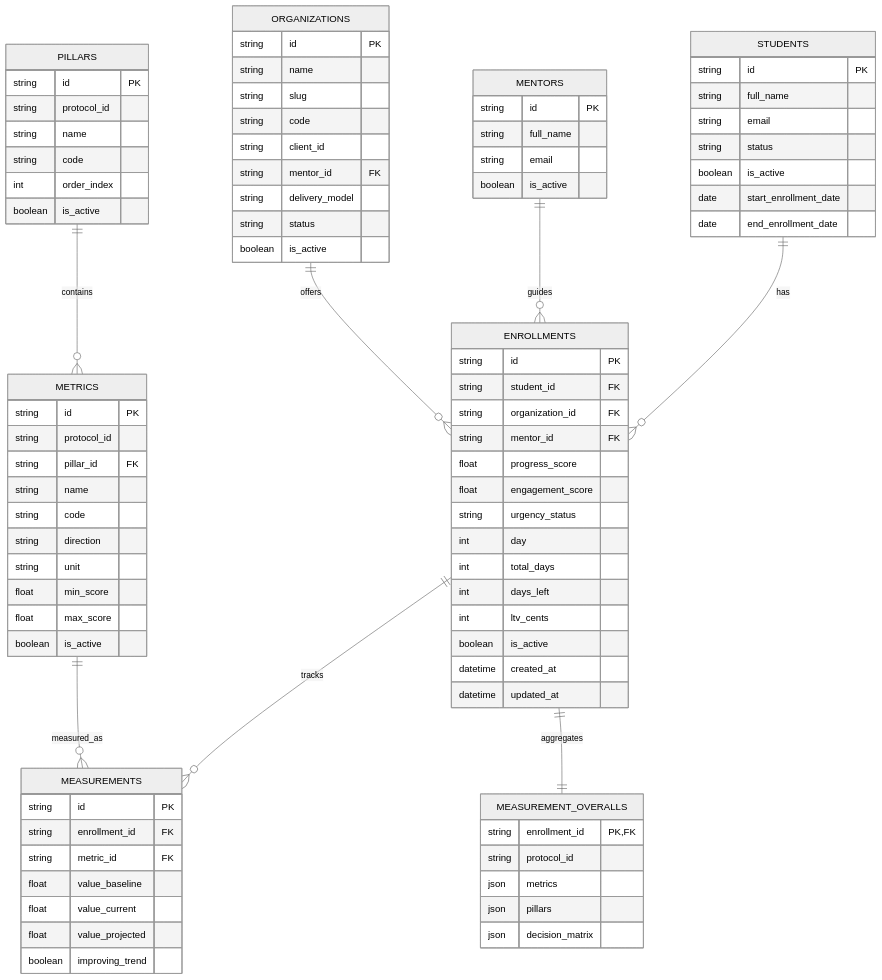
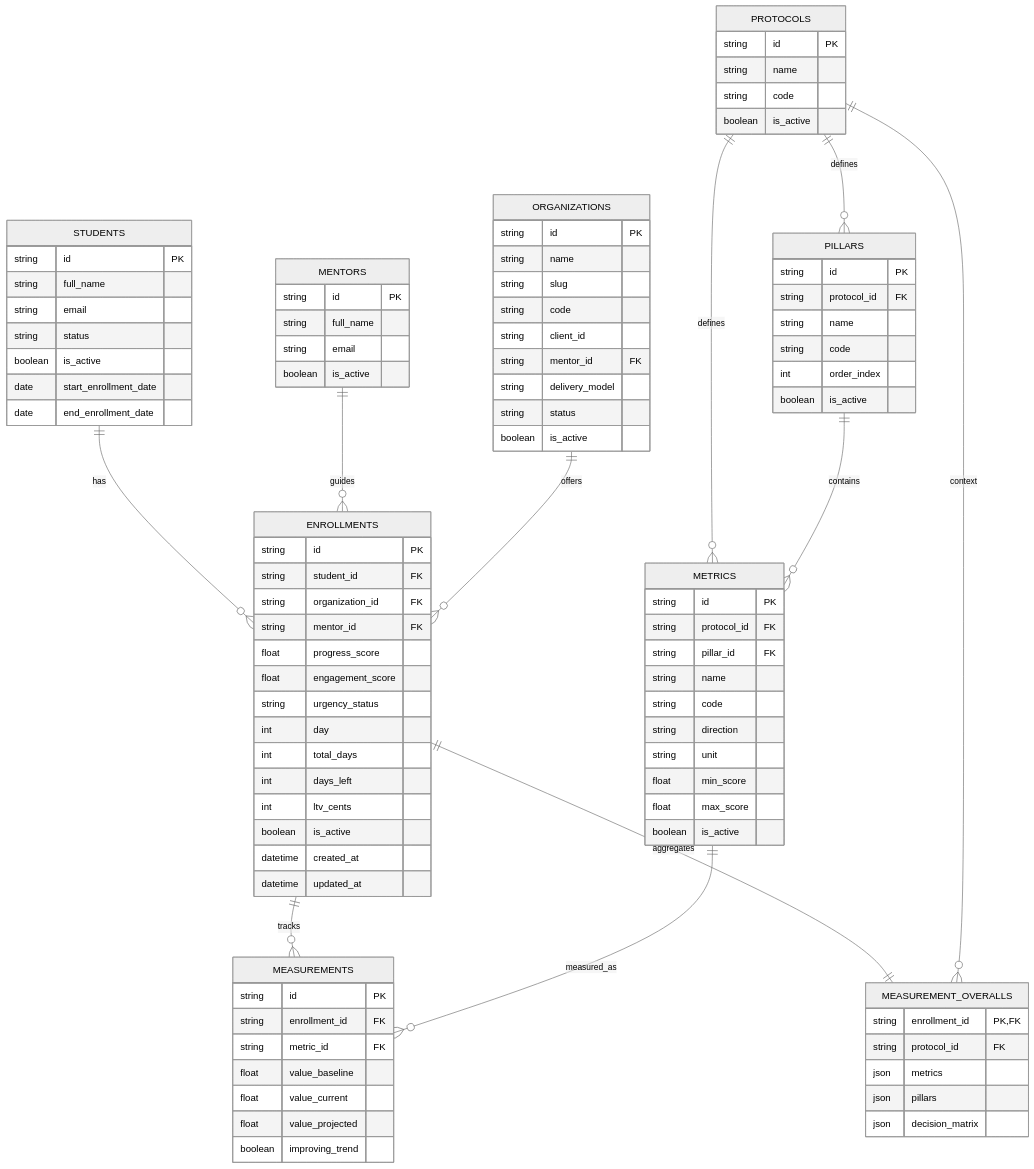
One commit to INNOVAI-LTDA/swaif_LTV-mentor changed the second of 2 diagrams in docs/architecture/data-model-mermaid.md. Above: the diagram before and after it, drawn with Mermaid (neutral theme). The commit also changed other lines of this file, not shown here.

Commit message:
docs: include Protocol entity in Mermaid data model diagrams

````diff
--- a/docs/architecture/data-model-mermaid.md
+++ b/docs/architecture/data-model-mermaid.md
@@ -153,6 +162,13 @@
     string id PK
     string full_name
     string email
+    boolean is_active
+  }
+
+  PROTOCOLS {
+    string id PK
+    string name
+    string code
     boolean is_active
   }
 
@@ -187,7 +203,7 @@
 
   PILLARS {
     string id PK
-    string protocol_id
+    string protocol_id FK
     string name
     string code
     int order_index
@@ -196,7 +212,7 @@
 
   METRICS {
     string id PK
-    string protocol_id
+    string protocol_id FK
     string pillar_id FK
     string name
     string code
@@ -219,7 +235,7 @@
 
   MEASUREMENT_OVERALLS {
     string enrollment_id PK, FK
-    string protocol_id
+    string protocol_id FK
     json metrics
     json pillars
     json decision_matrix
@@ -229,9 +245,12 @@
   MENTORS ||--o{ ENROLLMENTS : "guides"
   ORGANIZATIONS ||--o{ ENROLLMENTS : "offers"
 
+  PROTOCOLS ||--o{ PILLARS : "defines"
+  PROTOCOLS ||--o{ METRICS : "defines"
   PILLARS ||--o{ METRICS : "contains"
   ENROLLMENTS ||--o{ MEASUREMENTS : "tracks"
   METRICS ||--o{ MEASUREMENTS : "measured_as"
 
   ENROLLMENTS ||--|| MEASUREMENT_OVERALLS : "aggregates"
+  PROTOCOLS ||--o{ MEASUREMENT_OVERALLS : "context"
 ```
````
